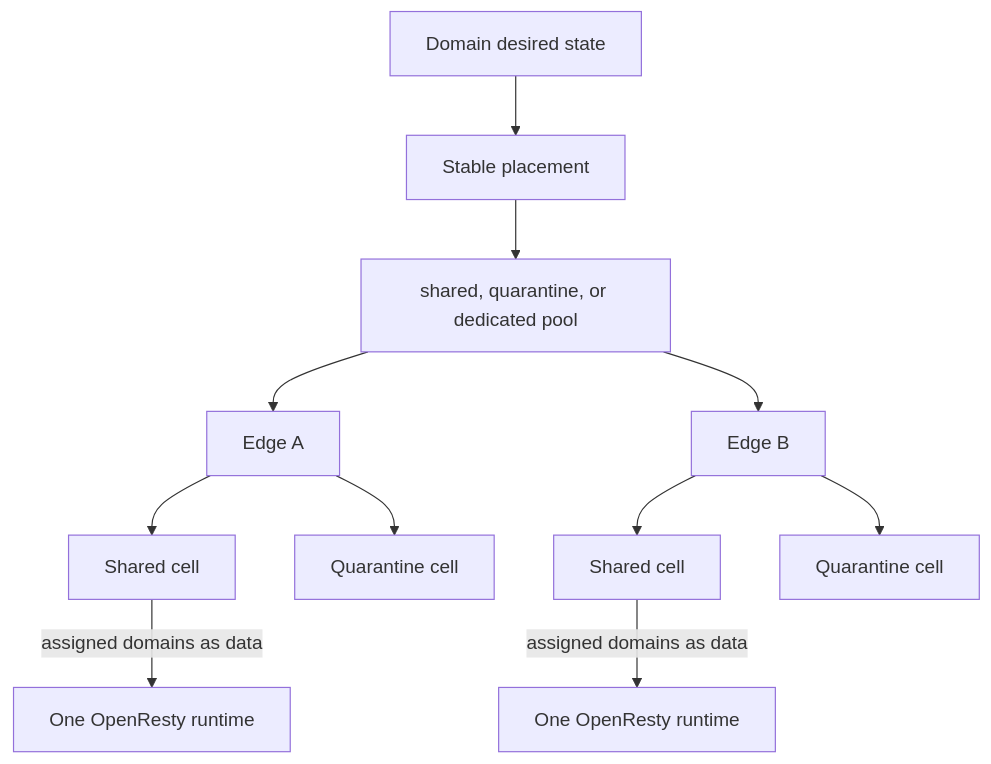
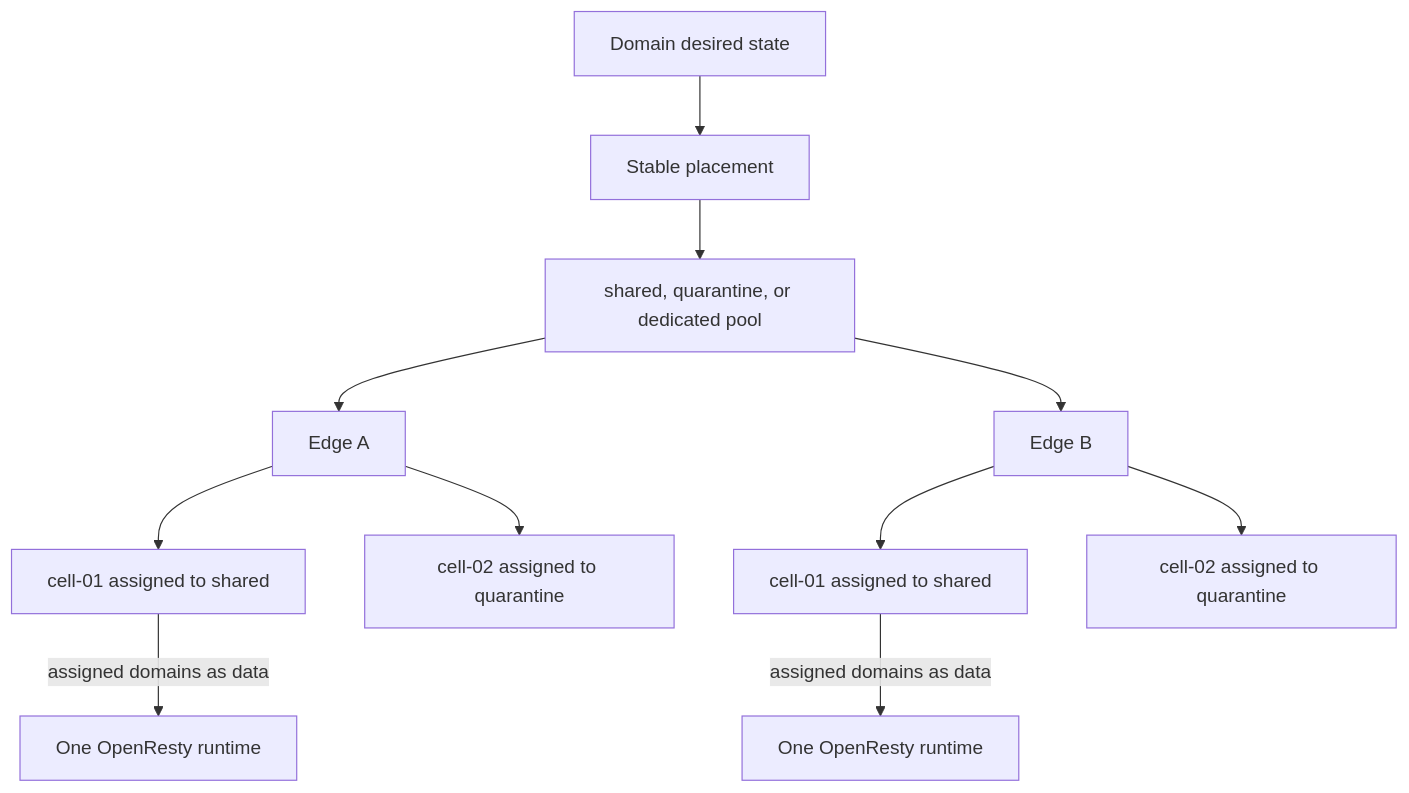
Before and after one commit to vaheed/CDNFoundry: the diagram in docs/concepts/edges-and-cells.md, drawn with Mermaid. The commit also changed other lines of this file and 10 other files, not shown here.

Commit message:
test(edge): qualify bounded cell inventory

````diff
--- a/docs/concepts/edges-and-cells.md
+++ b/docs/concepts/edges-and-cells.md
@@ -8,13 +8,13 @@
 ```mermaid
 flowchart TB
     Domain["Domain desired state"] --> Placement["Stable placement"]
     Placement --> Pool["shared, quarantine, or dedicated pool"]
     Pool --> EdgeA["Edge A"]
     Pool --> EdgeB["Edge B"]
-    EdgeA --> SharedA["Shared cell"]
-    EdgeA --> QuarantineA["Quarantine cell"]
-    EdgeB --> SharedB["Shared cell"]
-    EdgeB --> QuarantineB["Quarantine cell"]
+    EdgeA --> SharedA["cell-01 assigned to shared"]
+    EdgeA --> QuarantineA["cell-02 assigned to quarantine"]
+    EdgeB --> SharedB["cell-01 assigned to shared"]
+    EdgeB --> QuarantineB["cell-02 assigned to quarantine"]
     SharedA -->|"assigned domains as data"| RuntimeA["One OpenResty runtime"]
     SharedB -->|"assigned domains as data"| RuntimeB["One OpenResty runtime"]
 ```
````
